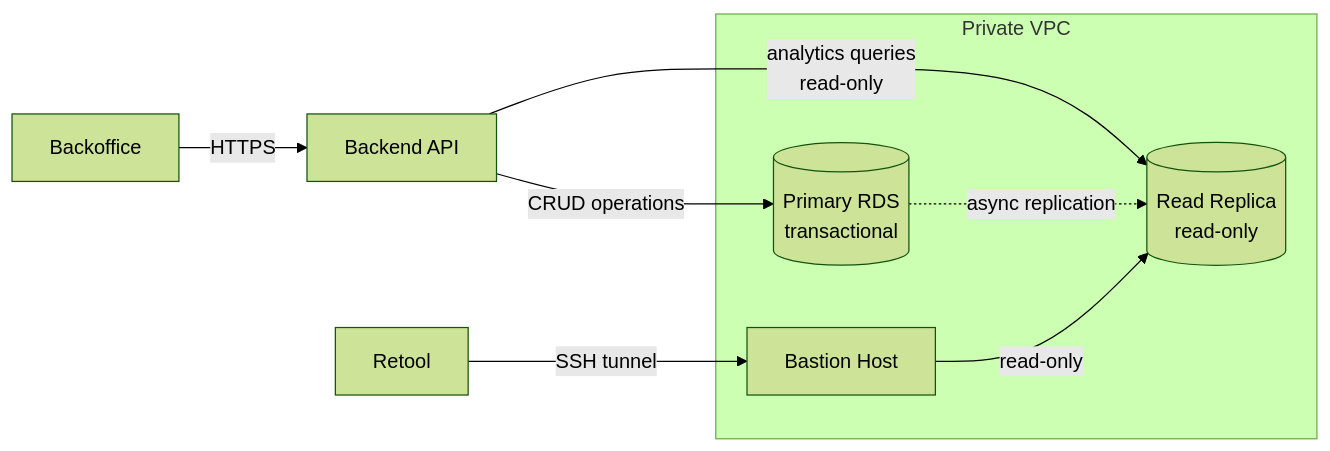
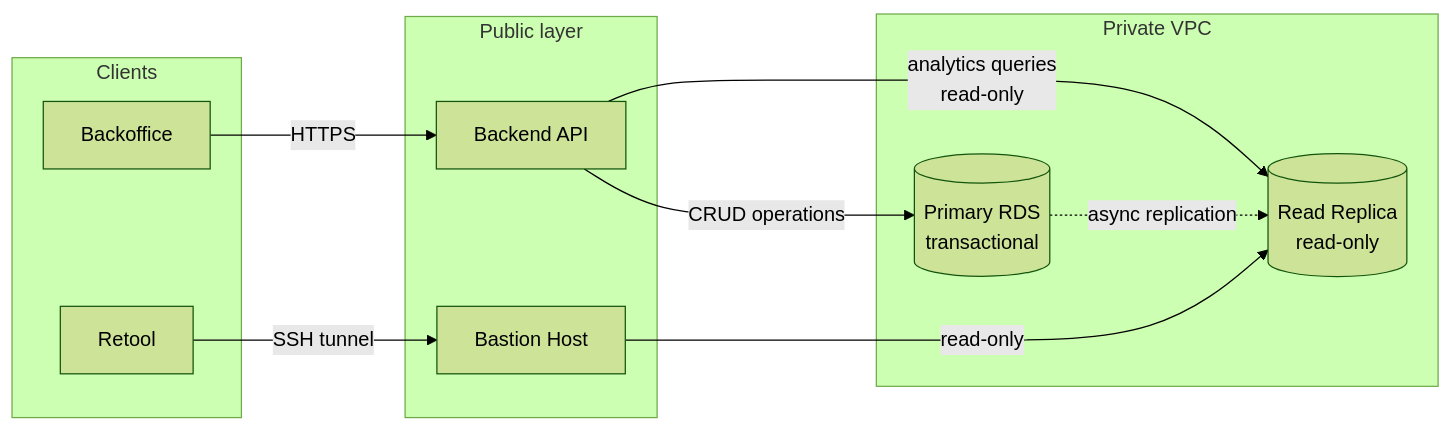
Before and after one commit to omraneah/boringsystems: the diagram in src/content/work-en/serving-analytics-without-a-data-warehouse.md, drawn with Mermaid (forest theme). The commit also changed other lines of this file and 1 other file, not shown here.

First line of the commit message:
fix(work): restructure analytics article — diagram, dbt appendix, tool legend

````diff
--- a/src/content/work-en/serving-analytics-without-a-data-warehouse.md
+++ b/src/content/work-en/serving-analytics-without-a-data-warehouse.md
@@ -89,19 +73,24 @@
 ```mermaid
 graph LR
-    BO["Backoffice"]
-    BE["Backend API"]
-    RT["Retool"]
+    subgraph clients ["Clients"]
+        BO["Backoffice"]
+        RT["Retool"]
+    end
+
+    subgraph pub ["Public layer"]
+        BE["Backend API"]
+        BH["Bastion Host"]
+    end
 
     subgraph vpc ["Private VPC"]
-        BH["Bastion Host"]
         PRDS[("Primary RDS\ntransactional")]
         REP[("Read Replica\nread-only")]
     end
 
     BO -->|HTTPS| BE
+    RT -->|SSH tunnel| BH
     BE -->|"CRUD operations"| PRDS
     BE -->|"analytics queries\nread-only"| REP
     PRDS -.->|async replication| REP
-    RT -->|SSH tunnel| BH
     BH -->|read-only| REP
 ```
````
